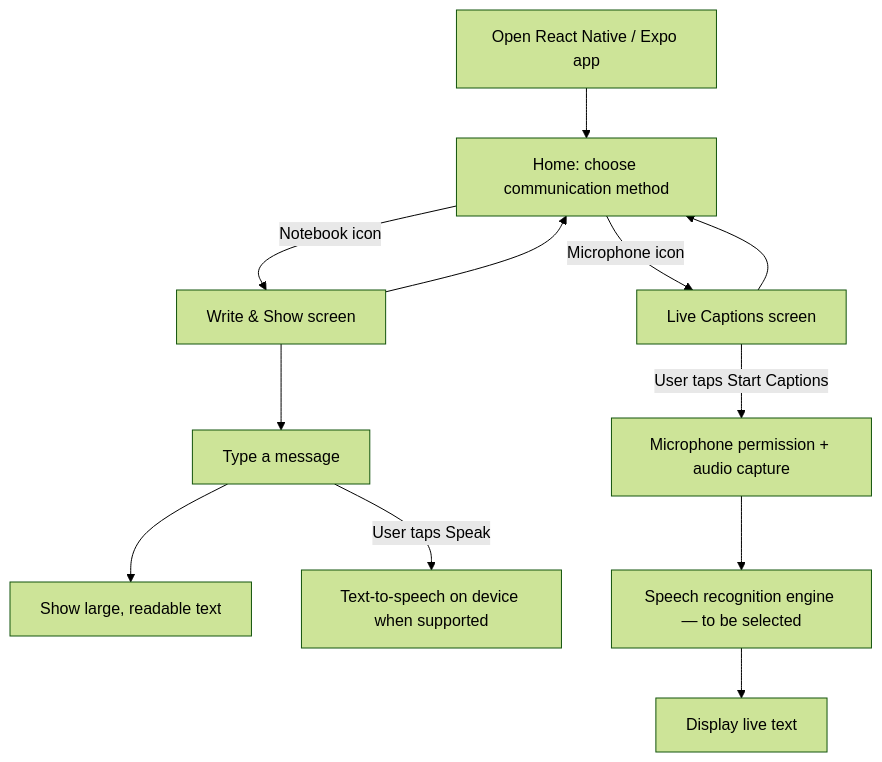
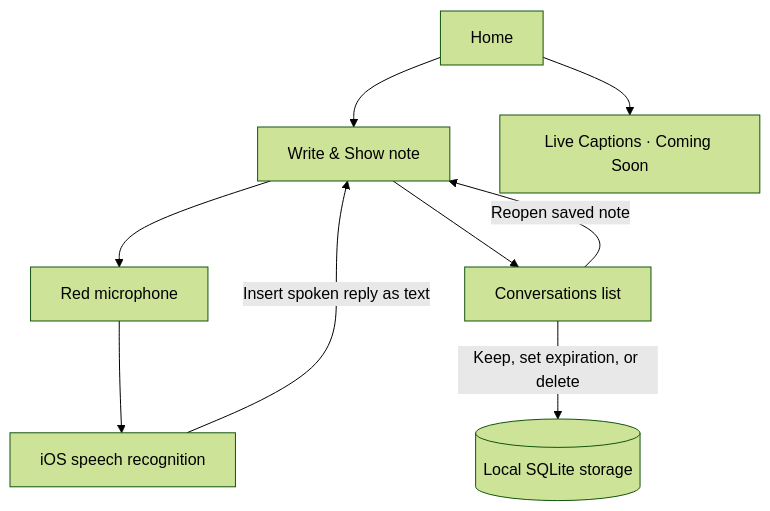
The second of 2 diagrams in README.md (eivindcuate/OpenCoversation), drawn with Mermaid (forest theme) before and after one commit. The commit also changed other lines of this file, not shown here.

Commit message:
Update MVP tech stack and architecture

````diff
--- a/README.md
+++ b/README.md
@@ -148,14 +145,11 @@
 ```mermaid
 flowchart TD
-    U["Open React Native / Expo app"] --> H["Home: choose communication method"]
-    H -->|"Notebook icon"| N["Write & Show screen"]
-    H -->|"Microphone icon"| M["Live Captions screen"]
-    N --> T["Type a message"]
-    T --> D["Show large, readable text"]
-    T -->|"User taps Speak"| S["Text-to-speech on device when supported"]
-    M -->|"User taps Start Captions"| P["Microphone permission + audio capture"]
-    P --> R["Speech recognition engine — to be selected"]
-    R --> C["Display live text"]
-    N --> H
-    M --> H
+    H["Home"] --> W["Write & Show note"]
+    H --> L["Live Captions · Coming Soon"]
+    W --> M["Red microphone"]
+    M --> S["iOS speech recognition"]
+    S -->|"Insert spoken reply as text"| W
+    W --> C["Conversations list"]
+    C -->|"Reopen saved note"| W
+    C -->|"Keep, set expiration, or delete"| D[("Local SQLite storage")]
 ```
````
